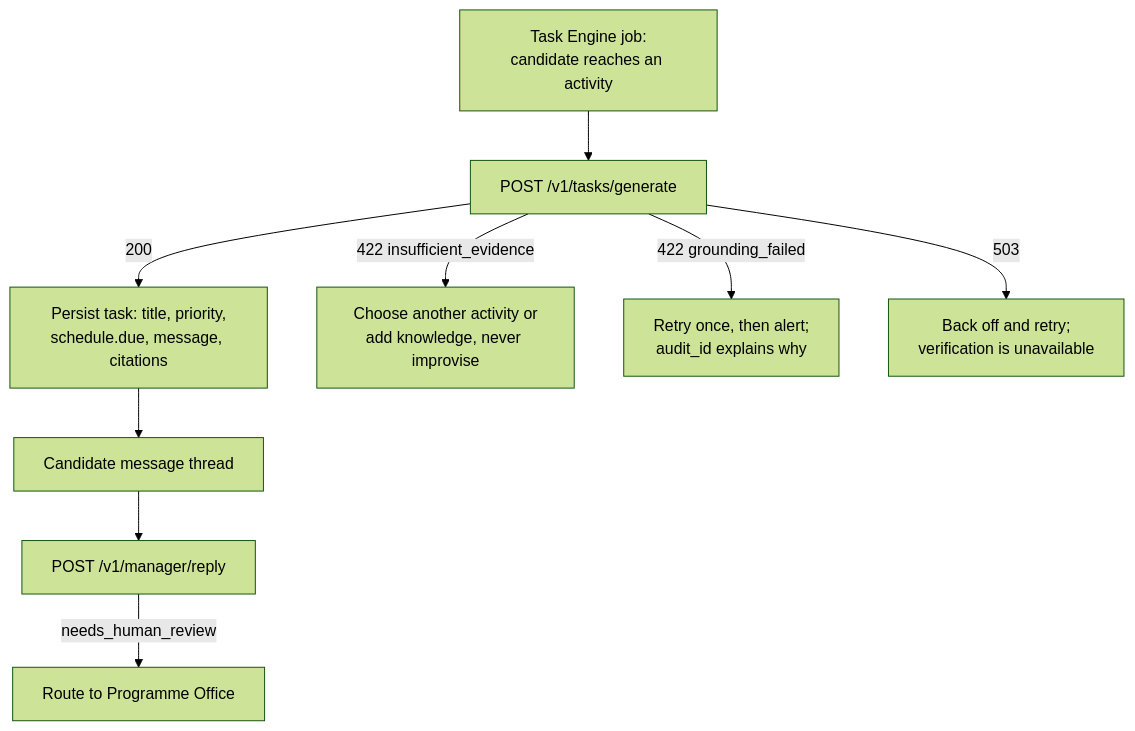
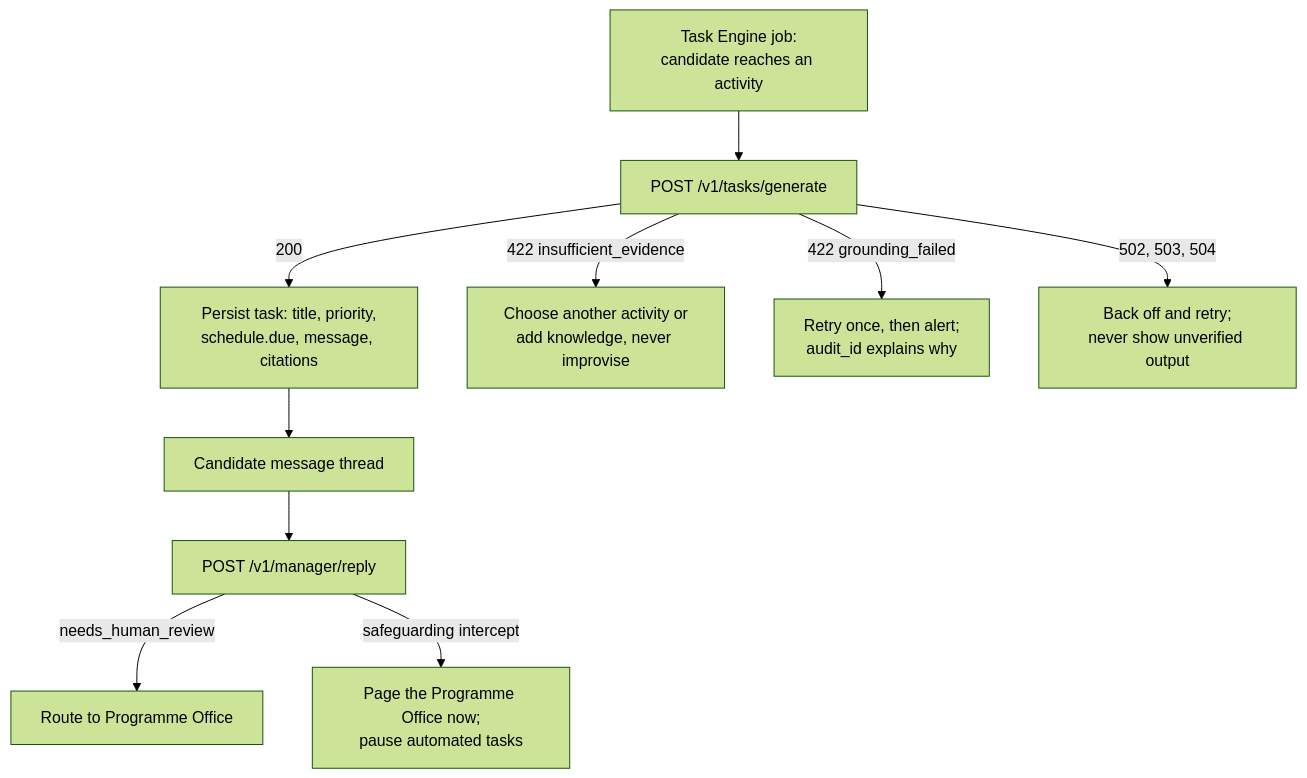
Before and after one commit to ANTHONY-CHINEDU-ECHEM/VET2EMPLOY-WORK-SIMULATION-RAG-MODEL-: the ninth of 9 diagrams in README.md, drawn with Mermaid (forest theme). The commit also changed other lines of this file, not shown here.

First line of the commit message:
Update README with handover checklist and safeguarding info

````diff
--- a/README.md
+++ b/README.md
@@ -404,11 +414,12 @@
 ```mermaid
 flowchart TB
     A["Task Engine job:<br/>candidate reaches an activity"] --> B["POST /v1/tasks/generate"]
     B -->|200| C["Persist task: title, priority,<br/>schedule.due, message, citations"]
     B -->|422 insufficient_evidence| D["Choose another activity or<br/>add knowledge, never improvise"]
     B -->|422 grounding_failed| E["Retry once, then alert;<br/>audit_id explains why"]
-    B -->|503| F["Back off and retry;<br/>verification is unavailable"]
+    B -->|"502, 503, 504"| F["Back off and retry;<br/>never show unverified output"]
     C --> G["Candidate message thread"]
     G --> H["POST /v1/manager/reply"]
     H -->|needs_human_review| I["Route to Programme Office"]
+    H -->|"safeguarding intercept"| J["Page the Programme Office now;<br/>pause automated tasks"]
 ```
````
